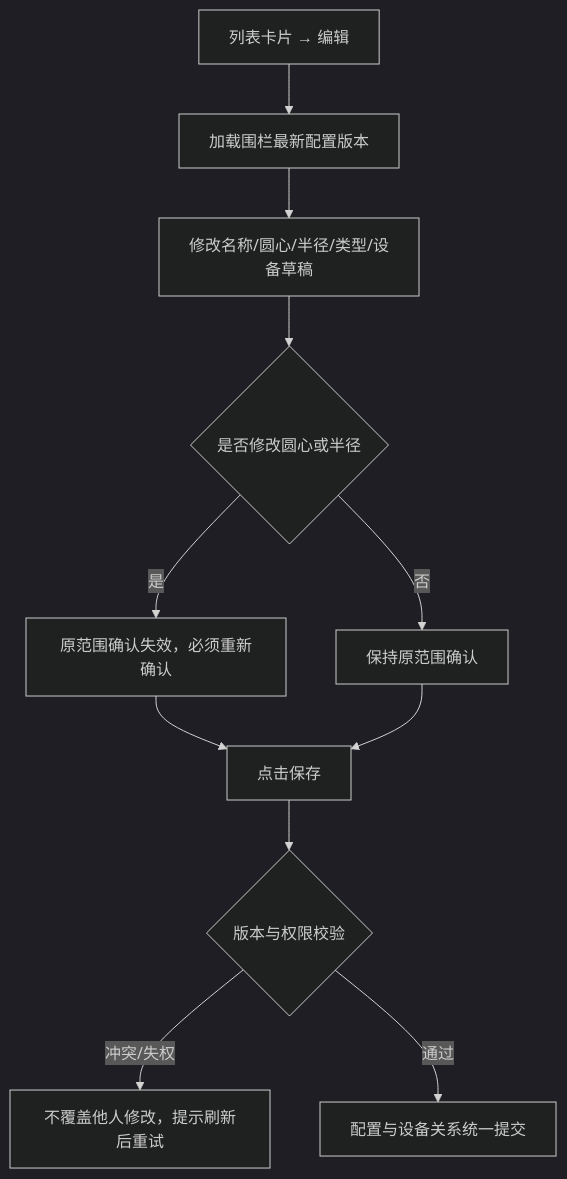
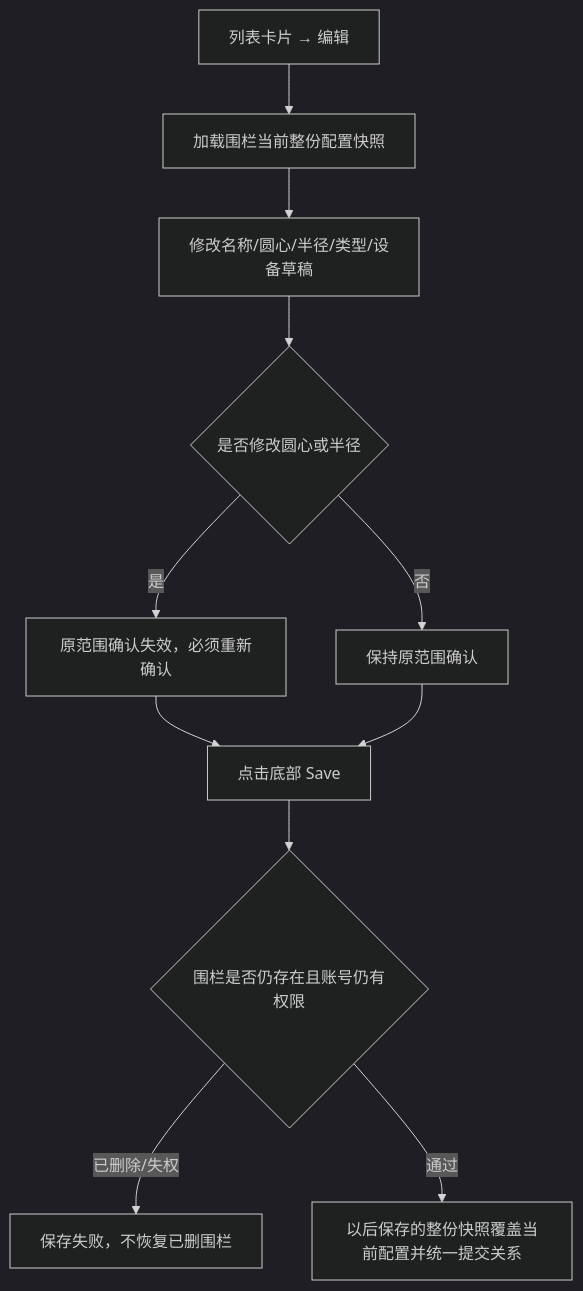
Before and after one commit to CuMgNa/skills: the sixth of 9 diagrams in docs/manuals/革泰/逻辑大纲/革泰 APP 地理围栏逻辑点梳理 plan.md, drawn with Mermaid (dark theme). The commit also changed other lines of this file and 21 other files, not shown here.

````diff
--- a/docs/manuals/革泰/逻辑大纲/革泰 APP 地理围栏逻辑点梳理 plan.md
+++ b/docs/manuals/革泰/逻辑大纲/革泰 APP 地理围栏逻辑点梳理 plan.md
@@ -371,13 +381,13 @@
 ```mermaid
 flowchart TD
-    A["列表卡片 → 编辑"] --> B["加载围栏最新配置版本"]
+    A["列表卡片 → 编辑"] --> B["加载围栏当前整份配置快照"]
     B --> C["修改名称/圆心/半径/类型/设备草稿"]
     C --> D{"是否修改圆心或半径"}
     D -->|"是"| E["原范围确认失效，必须重新确认"]
     D -->|"否"| F["保持原范围确认"]
-    E --> G["点击保存"]
+    E --> G["点击底部 Save"]
     F --> G
-    G --> H{"版本与权限校验"}
-    H -->|"冲突/失权"| I["不覆盖他人修改，提示刷新后重试"]
-    H -->|"通过"| J["配置与设备关系统一提交"]
+    G --> H{"围栏是否仍存在且账号仍有权限"}
+    H -->|"已删除/失权"| I["保存失败，不恢复已删围栏"]
+    H -->|"通过"| J["以后保存的整份快照覆盖当前配置并统一提交关系"]
 ```
````
